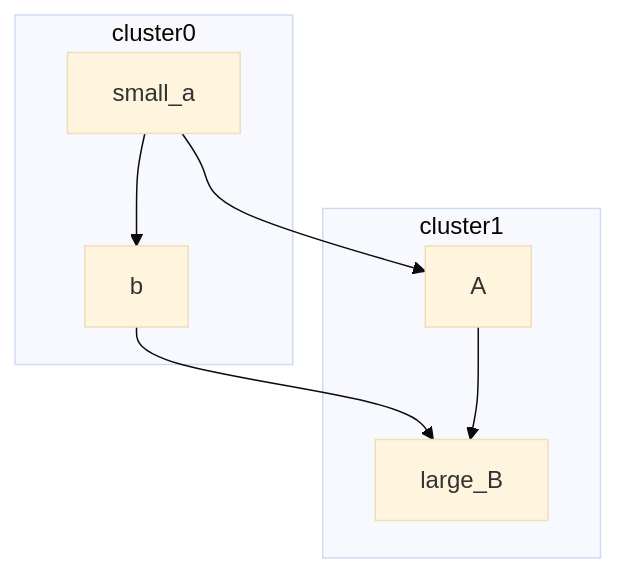
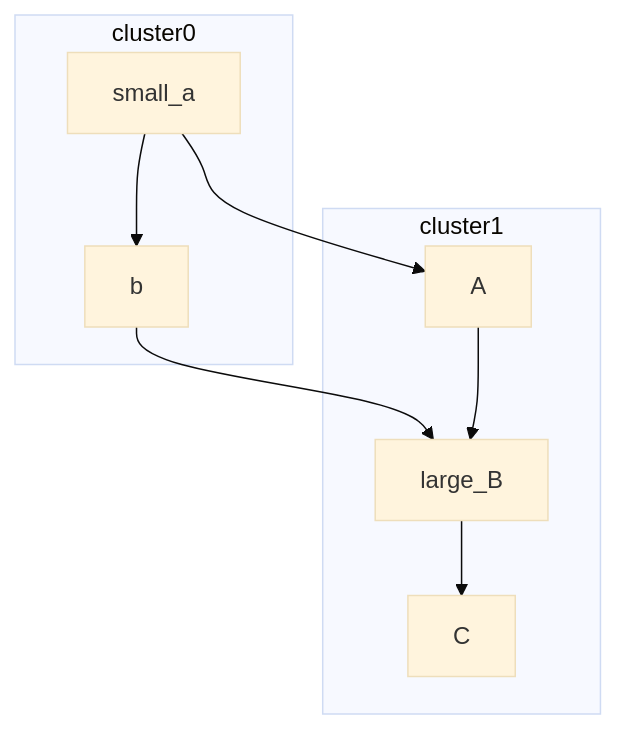
One commit to monitorian/dot2mermaid changed the diagram in flowchart.md. Above: the diagram before and after it, drawn with Mermaid (base theme). The commit also changed 3 other files, not shown here.

````diff
--- a/flowchart.md
+++ b/flowchart.md
@@ -1,12 +1,13 @@
 ```mermaid
 flowchart TB
         a[small_a]-->A[A]   
-        b[b]-->B[B]   
+        b[b]-->B[large_B]   
 
       subgraph cluster0
         a[small_a]-->b[b]   
       end
       subgraph cluster1
         A[A]-->B[large_B]   
+        B[large_B]-->C[C]   
       end
 ```
````
